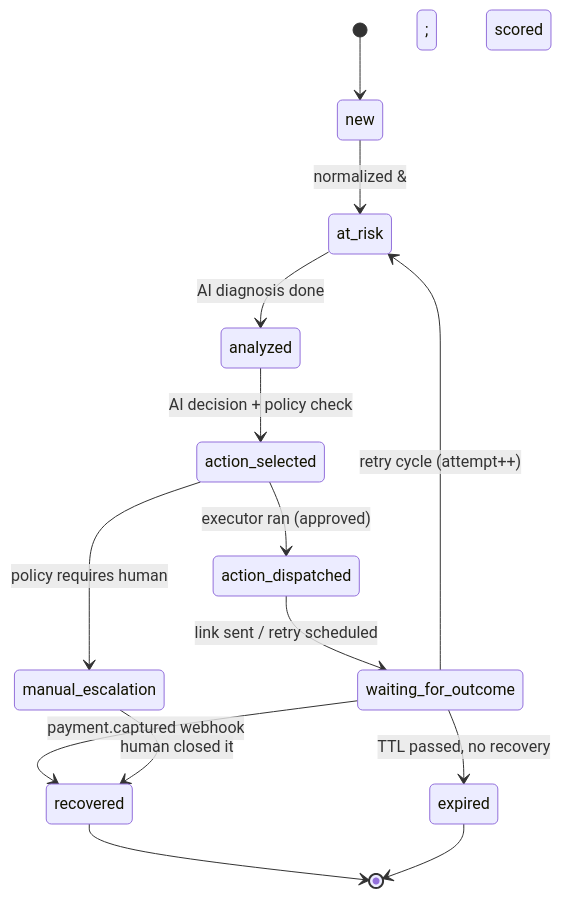
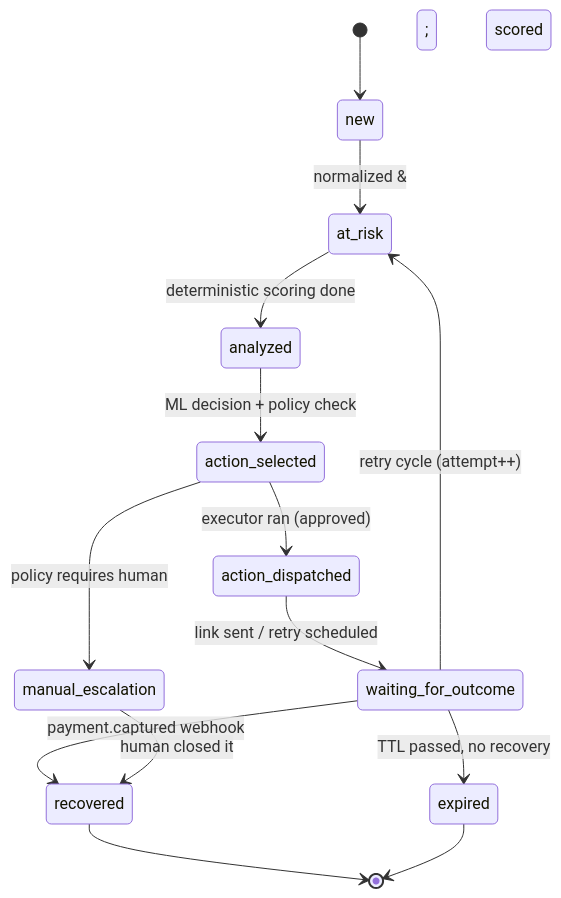
Before and after one commit to adhithyyaa/Buildathon-2026: the second of 2 diagrams in docs/ARCHITECTURE.md, drawn with Mermaid. The commit also changed other lines of this file and 16 other files, not shown here.

````diff
--- a/docs/ARCHITECTURE.md
+++ b/docs/ARCHITECTURE.md
@@ -80,16 +109,16 @@
 ```mermaid
 stateDiagram-v2
     [*] --> new
     new --> at_risk: normalized &amp; scored
-    at_risk --> analyzed: AI diagnosis done
-    analyzed --> action_selected: AI decision + policy check
+    at_risk --> analyzed: deterministic scoring done
+    analyzed --> action_selected: ML decision + policy check
     action_selected --> action_dispatched: executor ran (approved)
     action_selected --> manual_escalation: policy requires human
     action_dispatched --> waiting_for_outcome: link sent / retry scheduled
     waiting_for_outcome --> recovered: payment.captured webhook
     waiting_for_outcome --> expired: TTL passed, no recovery
     waiting_for_outcome --> at_risk: retry cycle (attempt++)
     manual_escalation --> recovered: human closed it
     recovered --> [*]
     expired --> [*]
 ```
````
